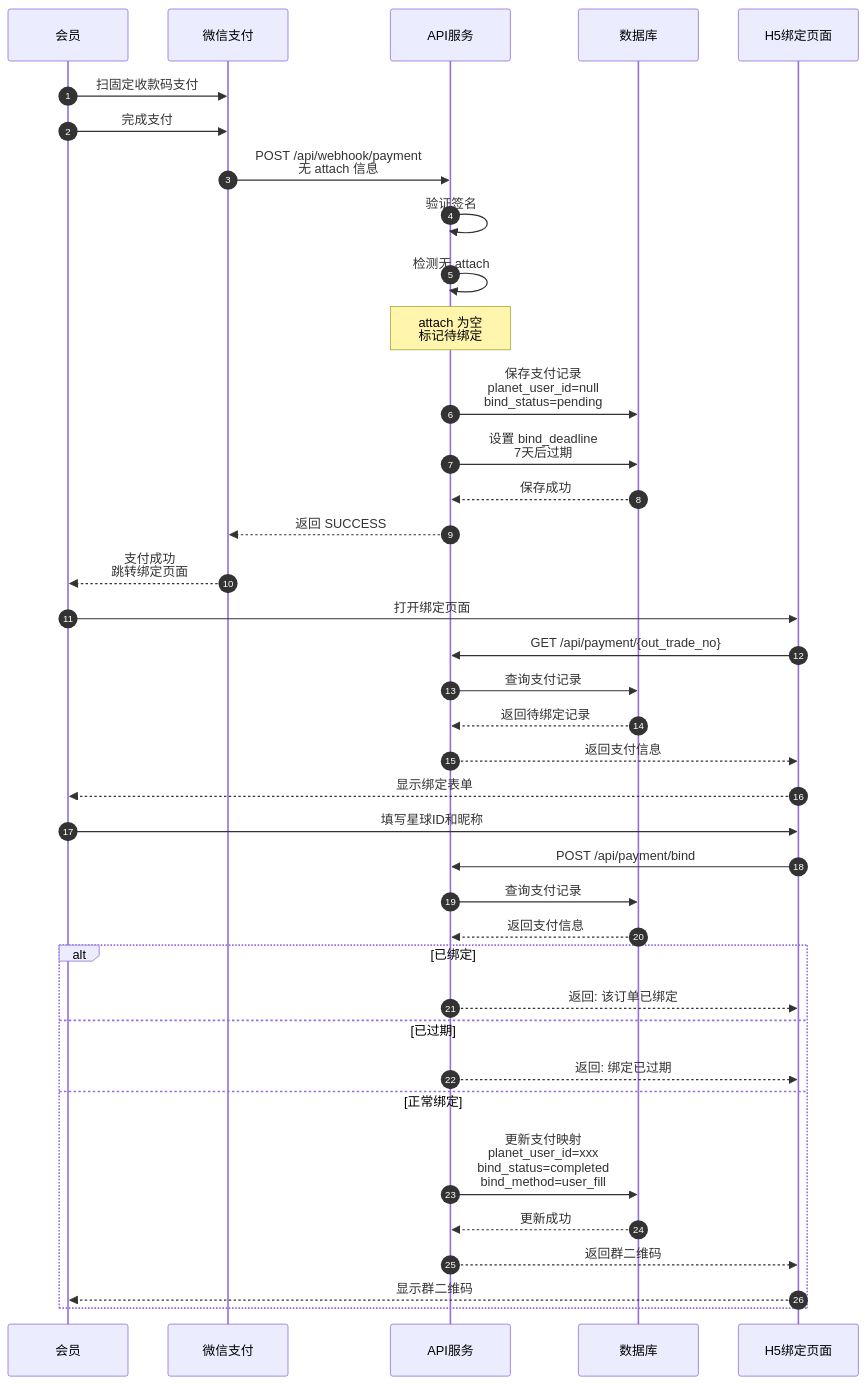
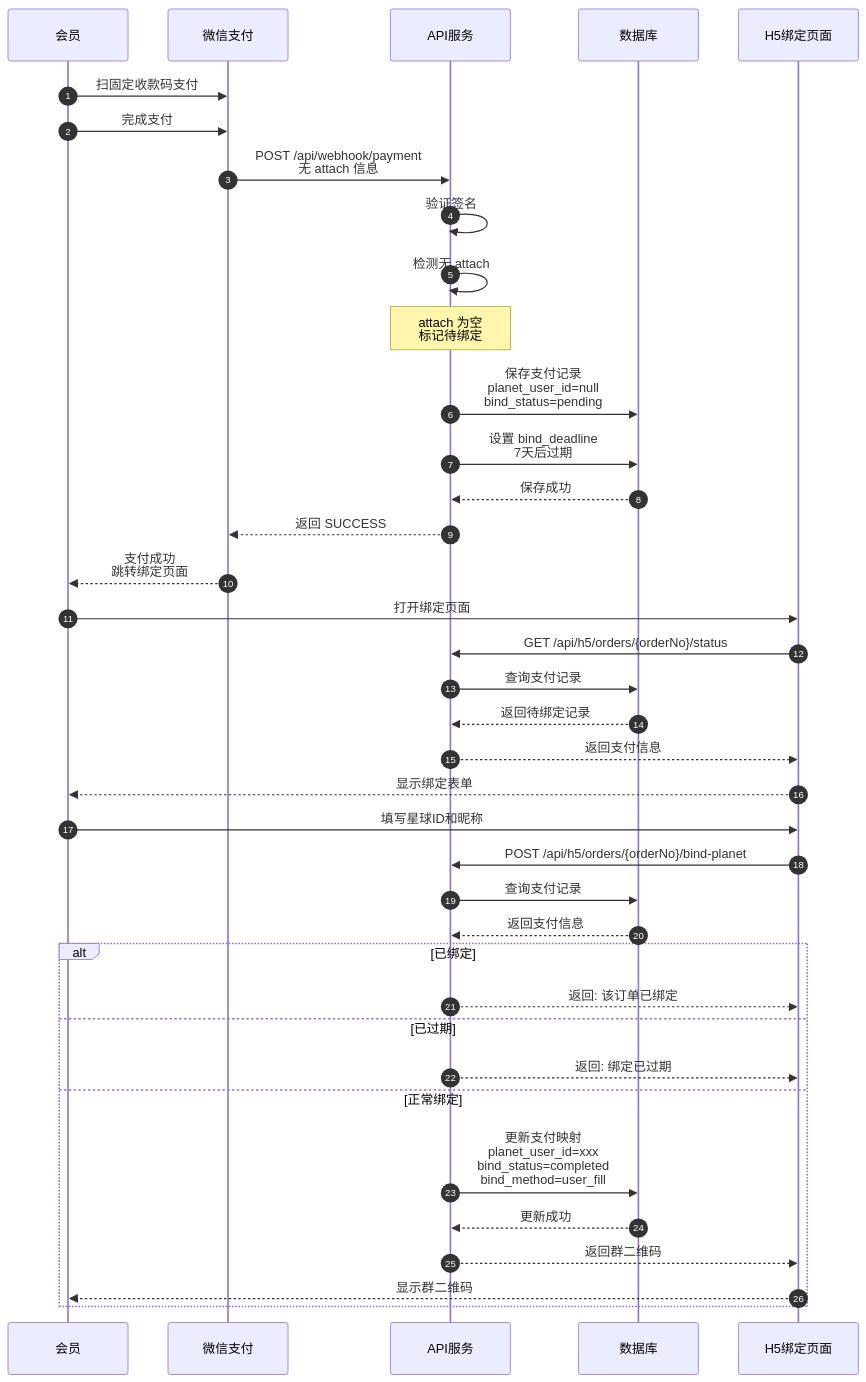
One commit to yiancode/AutoDepositRefundAgent changed the first of 11 diagrams in docs/v1/diagrams/时序图.md. Above: the diagram before and after it, drawn with Mermaid. The commit also changed other lines of this file and 11 other files, not shown here.

````diff
--- a/docs/v1/diagrams/时序图.md
+++ b/docs/v1/diagrams/时序图.md
@@ -17,45 +17,45 @@
 ```mermaid
 sequenceDiagram
     autonumber
     participant M as 会员
     participant WX as 微信支付
     participant API as API服务
     participant DB as 数据库
     participant H5 as H5绑定页面
 
     M->>WX: 扫固定收款码支付
     M->>WX: 完成支付
     WX->>API: POST /api/webhook/payment<br/>无 attach 信息
     API->>API: 验证签名
     API->>API: 检测无 attach
     Note over API: attach 为空<br/>标记待绑定
 
     API->>DB: 保存支付记录<br/>planet_user_id=null<br/>bind_status=pending
     API->>DB: 设置 bind_deadline<br/>7天后过期
     DB-->>API: 保存成功
     API-->>WX: 返回 SUCCESS
 
     WX-->>M: 支付成功<br/>跳转绑定页面
     M->>H5: 打开绑定页面
-    H5->>API: GET /api/payment/{out_trade_no}
+    H5->>API: GET /api/h5/orders/{orderNo}/status
     API->>DB: 查询支付记录
     DB-->>API: 返回待绑定记录
     API-->>H5: 返回支付信息
     H5-->>M: 显示绑定表单
 
     M->>H5: 填写星球ID和昵称
-    H5->>API: POST /api/payment/bind
+    H5->>API: POST /api/h5/orders/{orderNo}/bind-planet
     API->>DB: 查询支付记录
     DB-->>API: 返回支付信息
 
     alt 已绑定
         API-->>H5: 返回: 该订单已绑定
     else 已过期
         API-->>H5: 返回: 绑定已过期
     else 正常绑定
         API->>DB: 更新支付映射<br/>planet_user_id=xxx<br/>bind_status=completed<br/>bind_method=user_fill
         DB-->>API: 更新成功
         API-->>H5: 返回群二维码
         H5-->>M: 显示群二维码
     end
 ```
````
